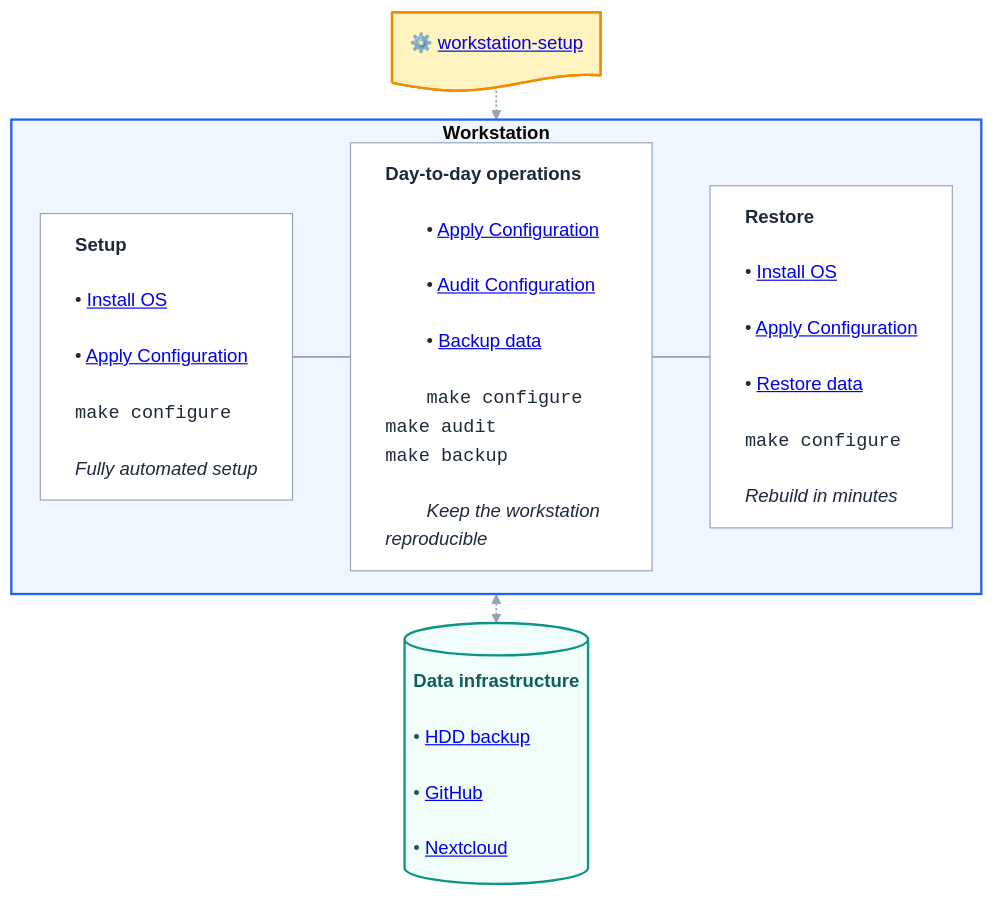
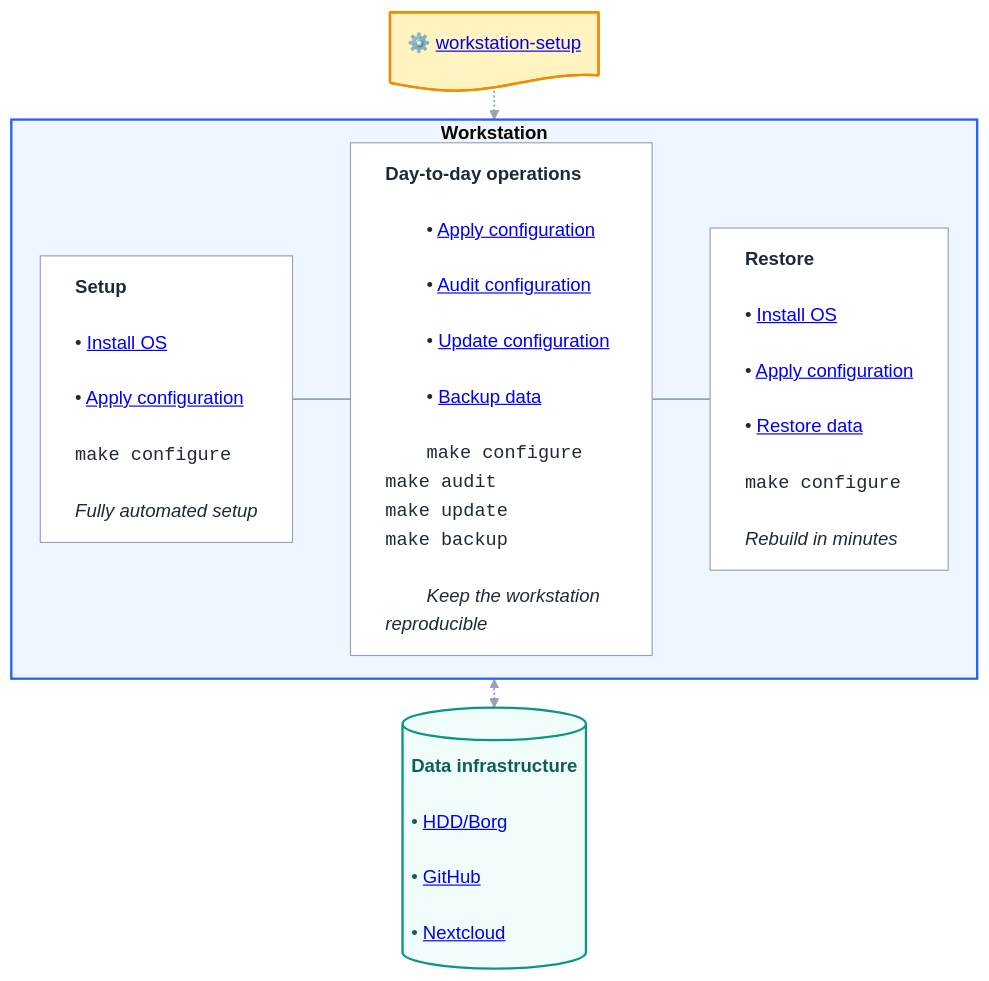
Before and after one commit to fs-ise/workstation-setup: the diagram in docs/index.qmd, drawn with Mermaid. The commit also changed 17 other files, not shown here.

````diff
--- a/docs/index.qmd
+++ b/docs/index.qmd
@@ -8,68 +8,69 @@
 ```{mermaid}
 %%| fig-align: center
 ---
 config:
   theme: base
   themeCSS: |-
     .node { color-scheme: light dark; }
 
     .nodeLabel { line-height: 1.15 !important; }
 ---
 %%{init: {"flowchart":{"rankSpacing":25,"nodeSpacing":20,"curve":"linear","htmlLabels":true}}}%%
 flowchart TB
 
     %% Top: Configuration recipe
     A@{ shape: doc, label: "⚙️ <a href='https://github.com/fs-ise/workstation-setup'>workstation-setup</a><br/>" }
 
     %% Middle: Workstation lifecycle
     subgraph WS["<strong>Workstation</strong>"]
         direction LR
 
         Setup["<strong>Setup</strong><br/>
         • <a href='install_os.html'>Install OS</a><br/>
-        • <a href='install_software.html'>Apply Configuration</a><br/>
+        • <a href='install_software.html'>Apply configuration</a><br/>
         <span style='font-family:monospace;'>make configure</span><br/>
         <i>Fully automated setup</i>"]
 
         Daily["<strong>Day-to-day operations</strong><br/>
-        • <a href='install_software.html#update-and-reapply-configuration'>Apply Configuration</a><br/>
-        • <a href='update_software.html'>Audit Configuration</a><br/>
+        • <a href='install_software.html'>Apply configuration</a><br/>
+        • <a href='update_software.html'>Audit configuration</a><br/>
+        • <a href='update_configuration.html'>Update configuration</a><br/>
         • <a href='backup.html'>Backup data</a><br/>
-        <span style='font-family:monospace;'>make configure<br/>make audit<br/>make backup</span><br/>
+        <span style='font-family:monospace;'>make configure<br/>make audit<br/>make update<br/>make backup</span><br/>
         <i>Keep the workstation reproducible</i>"]
 
         Restore["<strong>Restore</strong><br/>
         • <a href='install_os.html'>Install OS</a><br/>
-        • <a href='install_software.html'>Apply Configuration</a><br/>
+        • <a href='install_software.html'>Apply configuration</a><br/>
         • <a href='restore.html'>Restore data</a><br/>
         <span style='font-family:monospace;'>make configure</span><br/>
         <i>Rebuild in minutes</i>"]
 
         %% Invisible links enforce left-to-right ordering
         Setup ~~~ Daily ~~~ Restore
     end
 
     %% Bottom: Shared data infrastructure
     DATA[("<strong>Data infrastructure</strong><br/>
-    • <a href='backup.html#hdd-backup'>HDD backup</a><br/>
-    • <a href='backup.html#github'>GitHub</a><br/>
-    • <a href='backup.html#nextcloud'>Nextcloud</a>")]
+    • <a href='hdd_borg.html'>HDD/Borg</a><br/>
+    • <a href='github.html'>GitHub</a><br/>
+    • <a href='nextcloud.html'>Nextcloud</a>")]
 
     %% External connections
     A -.-> WS
     WS <-.-> DATA
 
     %% Node styles
     classDef ansible fill:#fff3bf,stroke:#f08c00,stroke-width:2px,color:#1e293b;
     classDef phase fill:#ffffff,stroke:#94a3b8,stroke-width:1px,color:#1e293b,text-align:left;
     classDef storage fill:#f0fdfa,stroke:#0d9488,stroke-width:2px,color:#115e59,text-align:left;
 
     class A ansible;
     class Setup,Daily,Restore phase;
     class DATA storage;
 
     %% Workstation container
     style WS fill:#eff6ff,stroke:#2563eb,stroke-width:2px
 
     linkStyle default stroke:#94a3b8,stroke-width:1.5px
 ```
````
